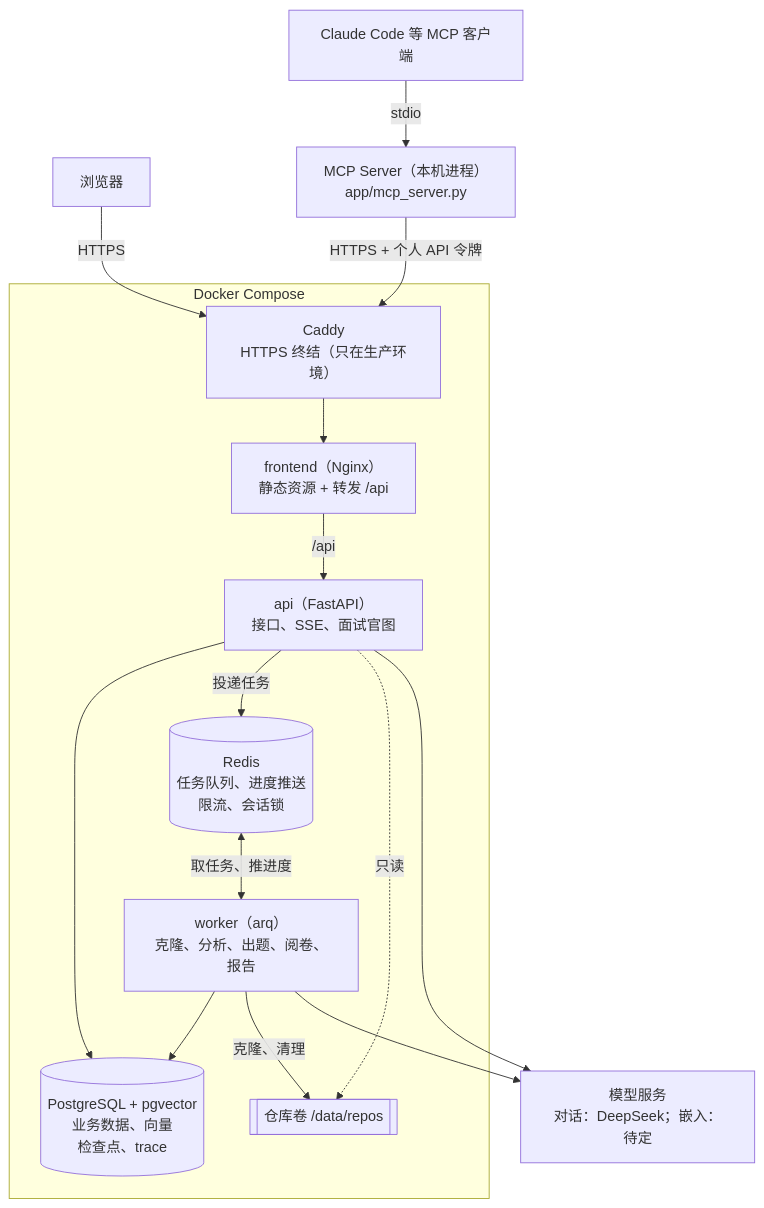
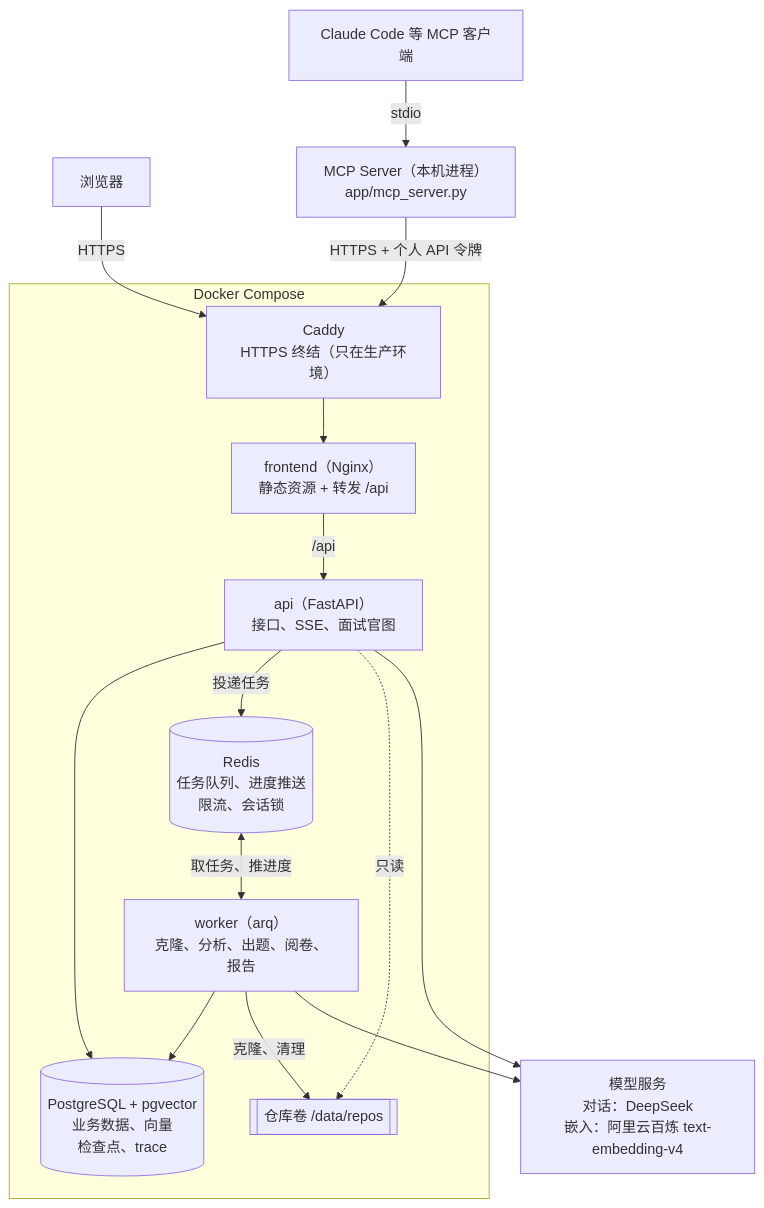
The first of 2 diagrams in README.md (qq3939/CodeProof), drawn with Mermaid before and after one commit. The commit also changed other lines of this file and 10 other files, not shown here.

First line of the commit message:
feat(llm): 嵌入接口适配阿里云百炼 text-embedding-v4（B0-4 第 2 步，D-018）

````diff
--- a/README.md
+++ b/README.md
@@ -11,32 +11,32 @@
 ```mermaid
 flowchart TB
     B["浏览器"]
     CC["Claude Code 等 MCP 客户端"]
     MCP["MCP Server（本机进程）<br/>app/mcp_server.py"]
     CC -->|stdio| MCP
 
     subgraph compose["Docker Compose"]
         Caddy["Caddy<br/>HTTPS 终结（只在生产环境）"]
         Nginx["frontend（Nginx）<br/>静态资源 + 转发 /api"]
         API["api（FastAPI）<br/>接口、SSE、面试官图"]
         W["worker（arq）<br/>克隆、分析、出题、阅卷、报告"]
         PG[("PostgreSQL + pgvector<br/>业务数据、向量<br/>检查点、trace")]
         R[("Redis<br/>任务队列、进度推送<br/>限流、会话锁")]
         Repo[["仓库卷 /data/repos"]]
     end
 
-    LLM["模型服务<br/>对话：DeepSeek；嵌入：待定"]
+    LLM["模型服务<br/>对话：DeepSeek<br/>嵌入：阿里云百炼 text-embedding-v4"]
 
     B -->|HTTPS| Caddy
     MCP -->|"HTTPS + 个人 API 令牌"| Caddy
     Caddy --> Nginx
     Nginx -->|/api| API
     API --> PG
     API -->|投递任务| R
     R <-->|取任务、推进度| W
     W --> PG
     W -->|克隆、清理| Repo
     API -. 只读 .-> Repo
     API --> LLM
     W --> LLM
 ```
````
